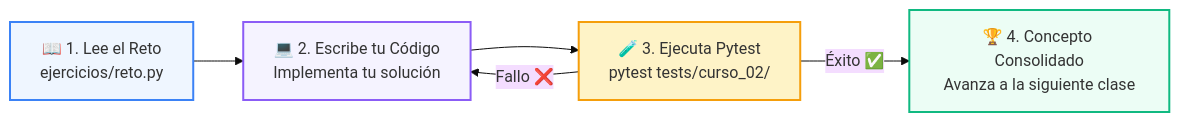
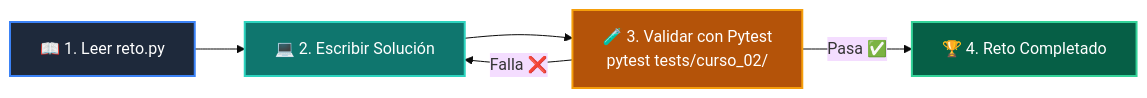
The diagram in 02-algoritmos-estructuras/clase-01-analisis-complejidad-big-o/ejercicios/README.md (wisrovi/wisrovi-python), drawn with Mermaid (base theme) before and after one commit. The commit also changed other lines of this file and 271 other files, not shown here.

Commit message:
docs: rewrite all README.md files with bespoke topic-specific Mermaid diagrams and remove repetitive boilerplate

````diff
--- a/02-algoritmos-estructuras/clase-01-analisis-complejidad-big-o/ejercicios/README.md
+++ b/02-algoritmos-estructuras/clase-01-analisis-complejidad-big-o/ejercicios/README.md
@@ -10,12 +15,12 @@
 ```mermaid
 flowchart LR
-    A["📖 1. Lee el Reto<br/>ejercicios/reto.py"] --> B["💻 2. Escribe tu Código<br/>Implementa tu solución"]
-    B --> C["🧪 3. Ejecuta Pytest<br/>pytest tests/curso_02/"]
-    C -->|Fallo ❌| B
-    C -->|Éxito ✅| D["🏆 4. Concepto Consolidado<br/>Avanza a la siguiente clase"]
+    A["📖 1. Leer reto.py"] --> B["💻 2. Escribir Solución"]
+    B --> C["🧪 3. Validar con Pytest<br/>pytest tests/curso_02/"]
+    C -->|Falla ❌| B
+    C -->|Pasa ✅| D["🏆 4. Reto Completado"]
 
-    style A fill:#eff6ff,stroke:#3b82f6,stroke-width:2px
-    style B fill:#f5f3ff,stroke:#8b5cf6,stroke-width:2px
-    style C fill:#fef3c7,stroke:#f59e0b,stroke-width:2px
-    style D fill:#ecfdf5,stroke:#10b981,stroke-width:2px
+    style A fill:#1e293b,color:#fff,stroke:#3b82f6,stroke-width:2px
+    style B fill:#0f766e,color:#fff,stroke:#2dd4bf,stroke-width:2px
+    style C fill:#b45309,color:#fff,stroke:#f59e0b,stroke-width:2px
+    style D fill:#065f46,color:#fff,stroke:#34d399,stroke-width:2px
 ```
````
